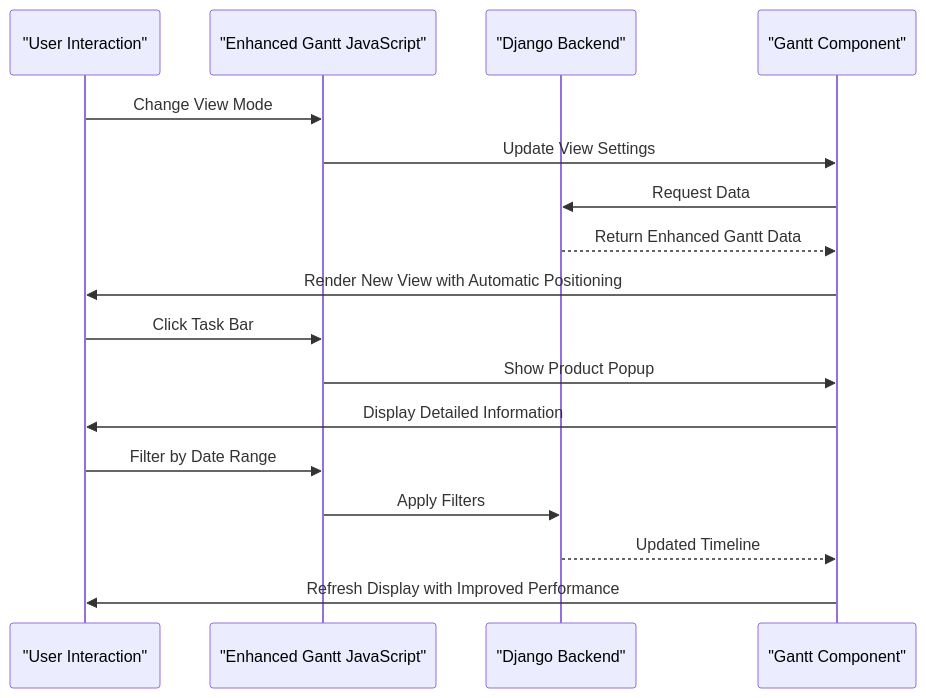
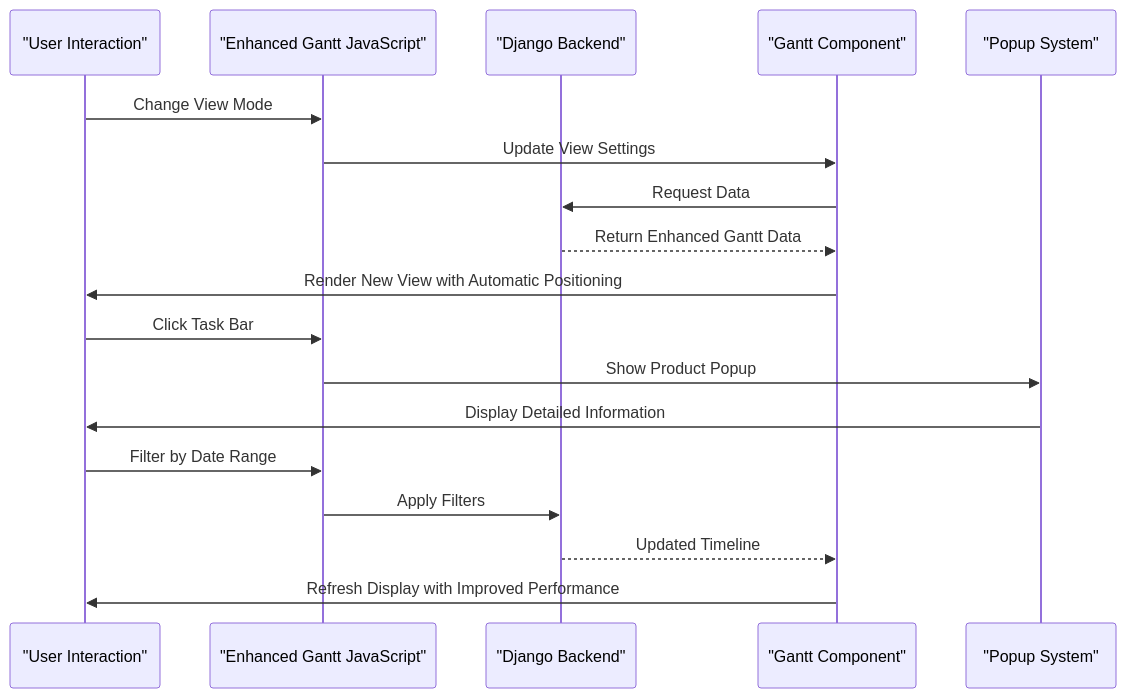
One commit to Pavel9474/task_manager changed the fifth of 7 diagrams in .qoder/repowiki/en/content/Employee and Organization Management/Employee Detail Page with Gantt Chart.md. Above: the diagram before and after it, drawn with Mermaid. The commit also changed other lines of this file and 7 other files, not shown here.

Commit message:
ALL gantt work code simplifid

````diff
--- a/.qoder/repowiki/en/content/Employee and Organization Management/Employee Detail Page with Gantt Chart.md
+++ b/.qoder/repowiki/en/content/Employee and Organization Management/Employee Detail Page with Gantt Chart.md
@@ -234,19 +251,20 @@
 ```mermaid
 sequenceDiagram
 participant User as "User Interaction"
 participant JS as "Enhanced Gantt JavaScript"
 participant Server as "Django Backend"
 participant Chart as "Gantt Component"
+participant Popup as "Popup System"
 User->>JS : Change View Mode
 JS->>Chart : Update View Settings
 Chart->>Server : Request Data
 Server-->>Chart : Return Enhanced Gantt Data
 Chart->>User : Render New View with Automatic Positioning
 User->>JS : Click Task Bar
-JS->>Chart : Show Product Popup
-Chart->>User : Display Detailed Information
+JS->>Popup : Show Product Popup
+Popup->>User : Display Detailed Information
 User->>JS : Filter by Date Range
 JS->>Server : Apply Filters
 Server-->>Chart : Updated Timeline
 Chart->>User : Refresh Display with Improved Performance
 ```
````
